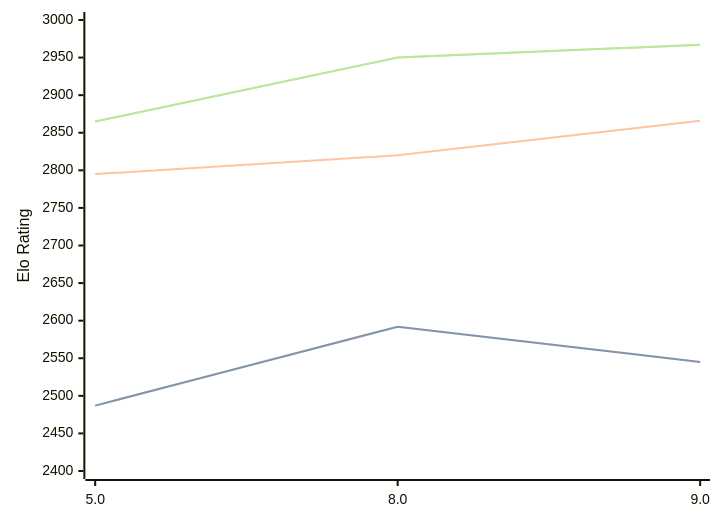
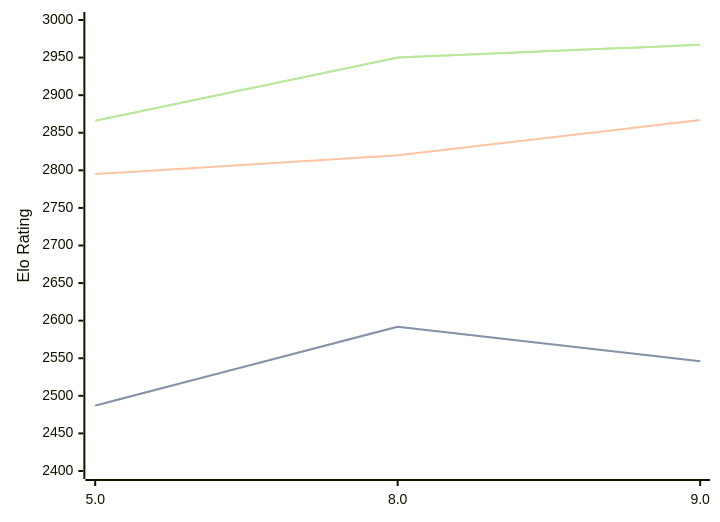
Before and after one commit to computer-chess-index/cci: the diagram in engines/4kc.md, drawn with Mermaid. The commit also changed other lines of this file, not shown here.

Commit message:
Update CCI Ratings (ELO VLTC) - 2026-10-02

````diff
--- a/engines/4kc.md
+++ b/engines/4kc.md
@@ -33,11 +33,11 @@
 ```mermaid
 %%{init: {"theme":"base","themeVariables":{"seriesColors:['#a3a3a3','#222221','#faa371']}}}%%
 xychart-beta
   x-axis ["5.0", "8.0", "9.0"]
   y-axis "Elo Rating" 2400 --> 3000
-  line "" [2487, 2592, 2545]
-  line "STC (8.0+0.08s)" [2487, 2592, 2545]
-  line "LTC (60.0+0.60s)" [2795, 2820, 2866]
-  line "" [2865, 2950, 2967]
-  line "VLTC (2m24s+1.12s)" [2865, 2950, 2967]
+  line "" [2487, 2592, 2546]
+  line "STC (8.0+0.08s)" [2487, 2592, 2546]
+  line "LTC (60.0+0.60s)" [2795, 2820, 2867]
+  line "" [2866, 2950, 2967]
+  line "VLTC (2m24s+1.12s)" [2866, 2950, 2967]
 ```
````
